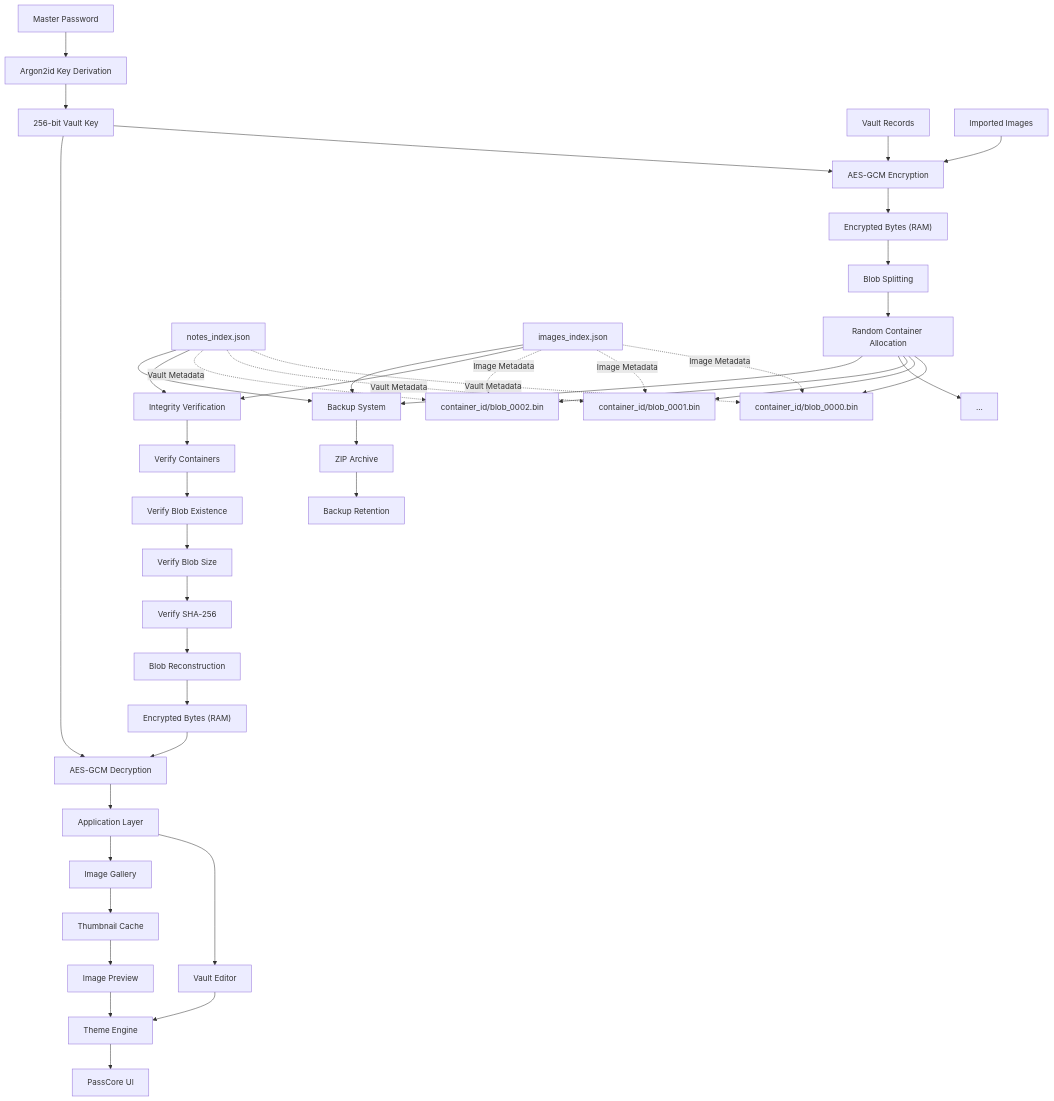
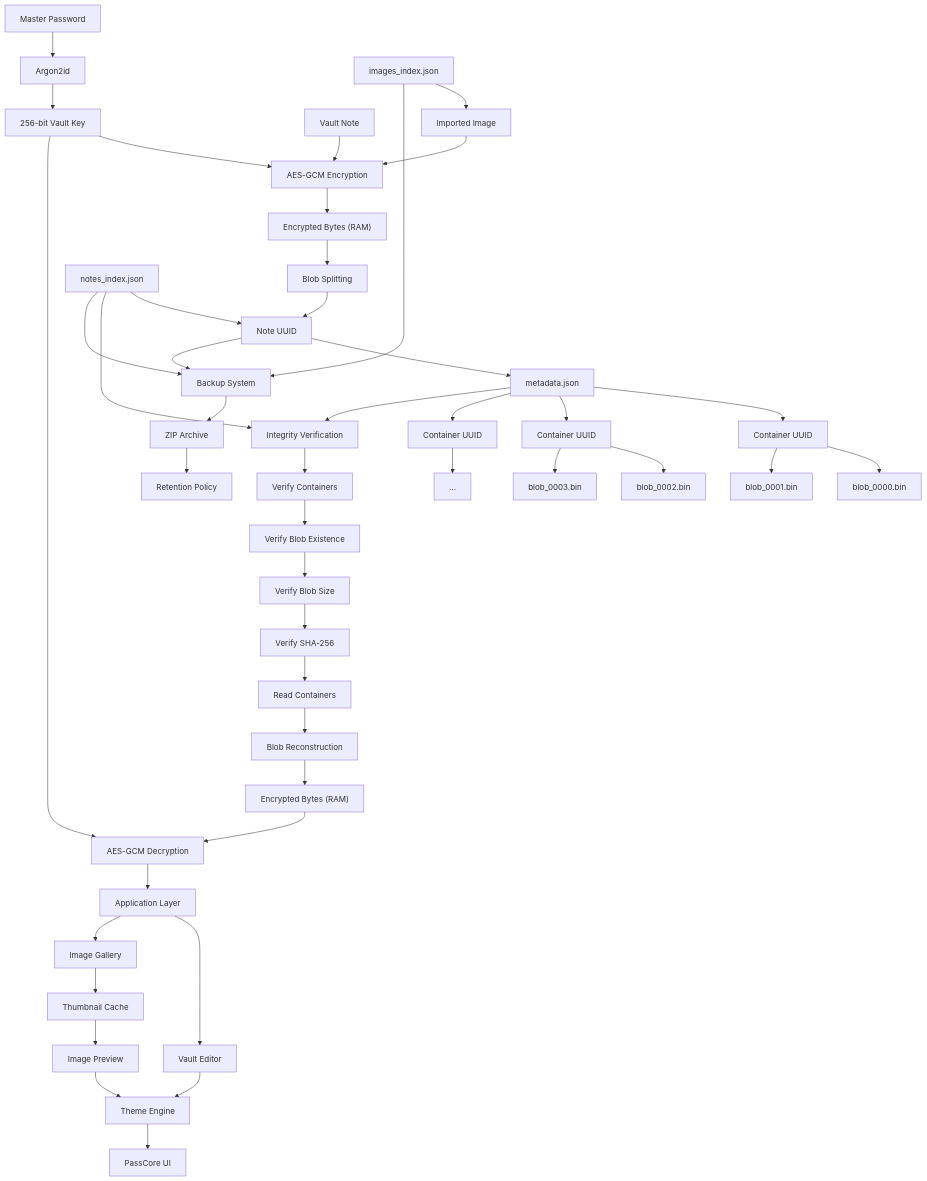
One commit to Money-Ape/PassCore changed the diagram in ARCHITECTURE.md. Above: the diagram before and after it, drawn with Mermaid. The commit also changed 1 other file, not shown here.

Commit message:
refactor(README): update README & ARCHITECTURE to fit with new structure

````diff
--- a/ARCHITECTURE.md
+++ b/ARCHITECTURE.md
@@ -5,63 +5,72 @@
 flowchart TD
 
 %% ==========================================================
-%% AUTHENTICATION & CRYPTOGRAPHY
+%% AUTHENTICATION
 %% ==========================================================
 
 MP["Master Password"]
-A["Argon2id Key Derivation"]
-K["256-bit Vault Key"]
+A["Argon2id"]
+KEY["256-bit Vault Key"]
 
 MP --> A
-A --> K
+A --> KEY
 
 %% ==========================================================
-%% DATA SOURCES
+%% USER DATA
 %% ==========================================================
 
-VAULT["Vault Records"]
-IMAGE["Imported Images"]
+NOTE["Vault Note"]
+IMAGE["Imported Image"]
 
-VAULT --> ENC
+NOTE --> ENC
 IMAGE --> ENC
 
 ENC["AES-GCM Encryption"]
 
-K --> ENC
+KEY --> ENC
 
 ENC --> RAM1["Encrypted Bytes (RAM)"]
 
 %% ==========================================================
-%% STORAGE
+%% NOTE STORAGE
 %% ==========================================================
 
 RAM1 --> SPLIT["Blob Splitting"]
-SPLIT --> CTN["Random Container Allocation"]
 
-CTN --> B1["container_id/blob_0000.bin"]
-CTN --> B2["container_id/blob_0001.bin"]
-CTN --> B3["container_id/blob_0002.bin"]
-CTN --> B4["..."]
+SPLIT --> NOTEUUID["Note UUID"]
 
-META["notes_index.json"]
-IMETA["images_index.json"]
+NOTEUUID --> META["metadata.json"]
 
-META -. Vault Metadata .-> B1
-META -. Vault Metadata .-> B2
-META -. Vault Metadata .-> B3
+META --> C1["Container UUID"]
+META --> C2["Container UUID"]
+META --> C3["Container UUID"]
 
-IMETA -. Image Metadata .-> B1
-IMETA -. Image Metadata .-> B2
-IMETA -. Image Metadata .-> B3
+C1 --> B1["blob_0000.bin"]
+C1 --> B2["blob_0001.bin"]
+
+C2 --> B3["blob_0002.bin"]
+C2 --> B4["blob_0003.bin"]
+
+C3 --> BN["..."]
 
 %% ==========================================================
-%% INTEGRITY VERIFICATION
+%% GLOBAL INDEXES
+%% ==========================================================
+
+INDEX["notes_index.json"]
+IMGINDEX["images_index.json"]
+
+INDEX --> NOTEUUID
+IMGINDEX --> IMAGE
+
+%% ==========================================================
+%% INTEGRITY
 %% ==========================================================
 
 VERIFY["Integrity Verification"]
 
+INDEX --> VERIFY
 META --> VERIFY
-IMETA --> VERIFY
 
 VERIFY --> VC["Verify Containers"]
 VC --> VE["Verify Blob Existence"]
@@ -72,21 +81,21 @@
 %% RECONSTRUCTION
 %% ==========================================================
 
-VH --> MERGE["Blob Reconstruction"]
+VH --> LOAD["Read Containers"]
+
+LOAD --> MERGE["Blob Reconstruction"]
 
 MERGE --> RAM2["Encrypted Bytes (RAM)"]
 
 RAM2 --> DEC["AES-GCM Decryption"]
 
-K --> DEC
+KEY --> DEC
 
 %% ==========================================================
-%% APPLICATION LAYER
+%% APPLICATION
 %% ==========================================================
 
-DEC --> APP
-
-APP["Application Layer"]
+DEC --> APP["Application Layer"]
 
 APP --> EDITOR["Vault Editor"]
 APP --> GALLERY["Image Gallery"]
@@ -103,24 +112,20 @@
 %% USER INTERFACE
 %% ==========================================================
 
-EDITOR --> THEME
+EDITOR --> THEME["Theme Engine"]
 PREVIEW --> THEME
-
-THEME["Theme Engine"]
 
 THEME --> UI["PassCore UI"]
 
 %% ==========================================================
-%% BACKUP SYSTEM
+%% BACKUPS
 %% ==========================================================
 
-BACKUP["Backup System"]
-
-META --> BACKUP
-IMETA --> BACKUP
-CTN --> BACKUP
+INDEX --> BACKUP["Backup System"]
+IMGINDEX --> BACKUP
+NOTEUUID --> BACKUP
 
 BACKUP --> ZIP["ZIP Archive"]
 
-ZIP --> RETENTION["Backup Retention"]
+ZIP --> RETENTION["Retention Policy"]
 ```
````
